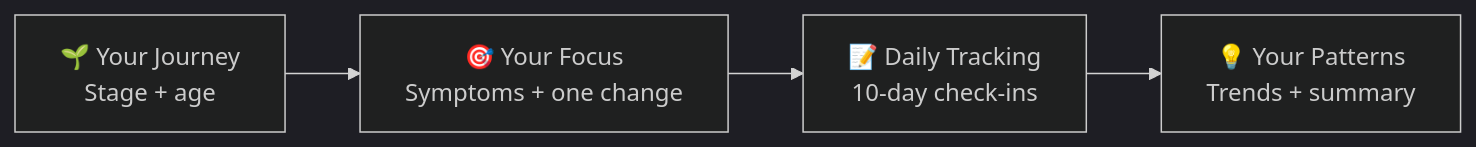
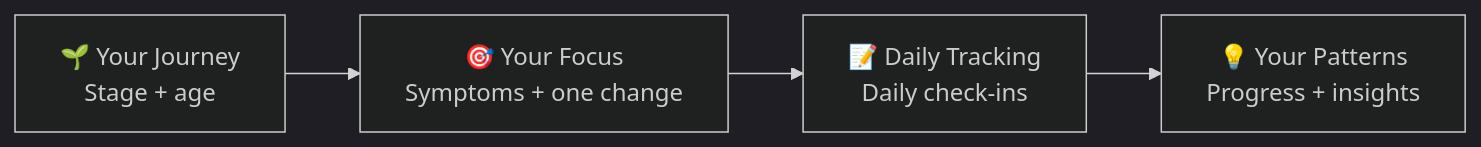
The diagram in README.md (Huth-P/vitality-flow-splash), drawn with Mermaid (dark theme) before and after one commit.

````diff
--- a/README.md
+++ b/README.md
@@ -29,6 +29,6 @@
 ```mermaid
 flowchart LR
     A["🌱 Your Journey<br/>Stage + age"] --> B["🎯 Your Focus<br/>Symptoms + one change"]
-    B --> C["📝 Daily Tracking<br/>10-day check-ins"]
-    C --> D["💡 Your Patterns<br/>Trends + summary"]
+    B --> C["📝 Daily Tracking<br/>Daily check-ins"]
+    C --> D["💡 Your Patterns<br/>Progress + insights"]
 ```
````
